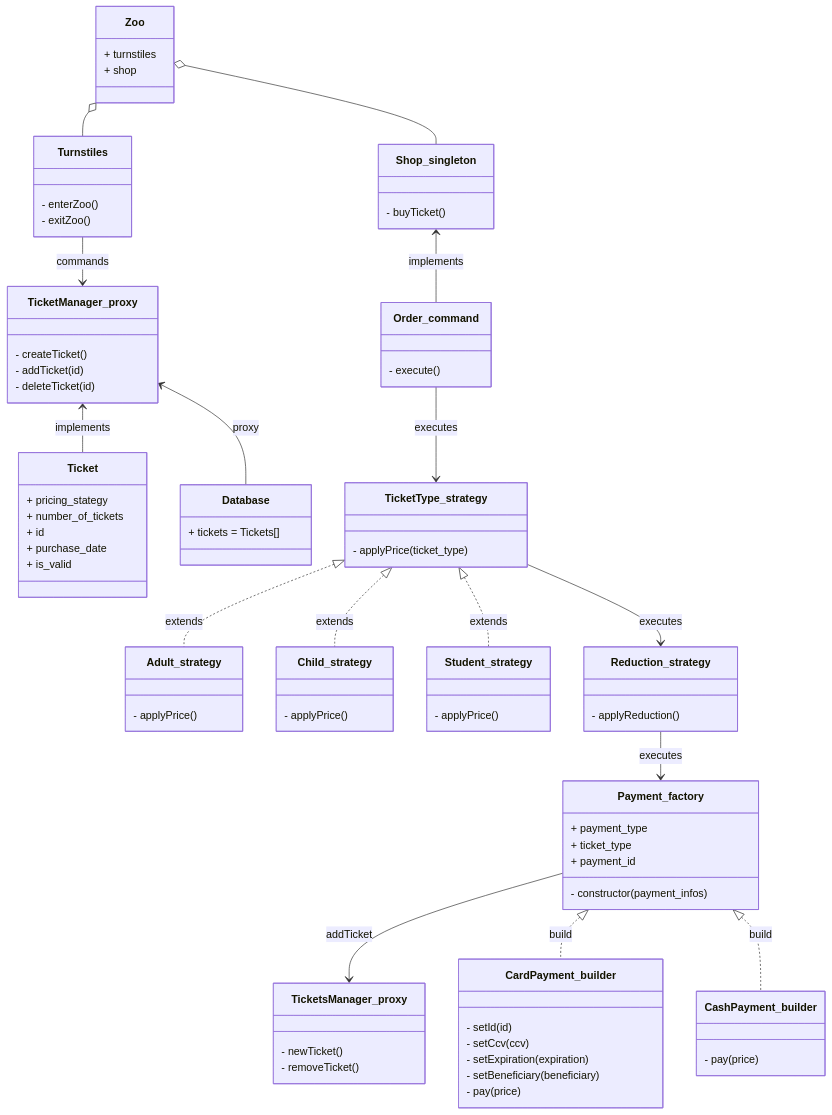
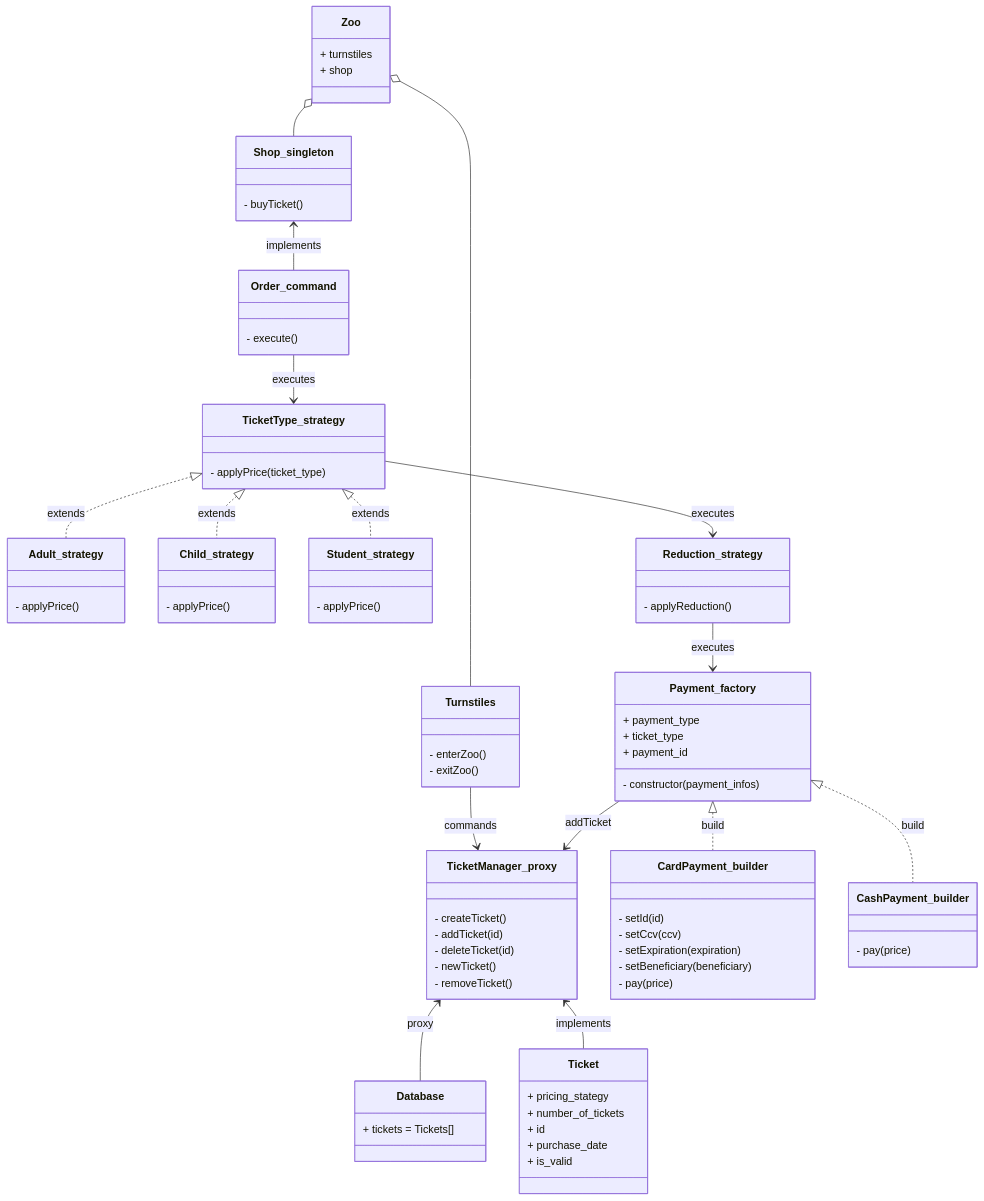
One commit to Jularthus/uuZooCashDesk changed the diagram in SCHEMA.md. Above: the diagram before and after it, drawn with Mermaid.

Commit message:
Updates to the schema

````diff
--- a/SCHEMA.md
+++ b/SCHEMA.md
@@ -3,4 +3,5 @@
 ```mermaid
+
 
 classDiagram
 
@@ -76,7 +77,7 @@
 		- applyReduction()
 	}
 
-	class TicketsManager_proxy {
+	class TicketManager_proxy {
 		- newTicket()
 		- removeTicket()
 	}
@@ -91,10 +92,11 @@
 	TicketType_strategy <|.. Child_strategy : extends
 	TicketType_strategy <|.. Student_strategy : extends
 	Reduction_strategy --> Payment_factory : executes
-	Payment_factory --> TicketsManager_proxy : addTicket
+	Payment_factory --> TicketManager_proxy : addTicket
 	Payment_factory <|.. CardPayment_builder : build
 	Payment_factory <|.. CashPayment_builder : build
 	TicketManager_proxy <-- Database : proxy
 	TicketManager_proxy <-- Ticket : implements
 	
+	
 ```
````
